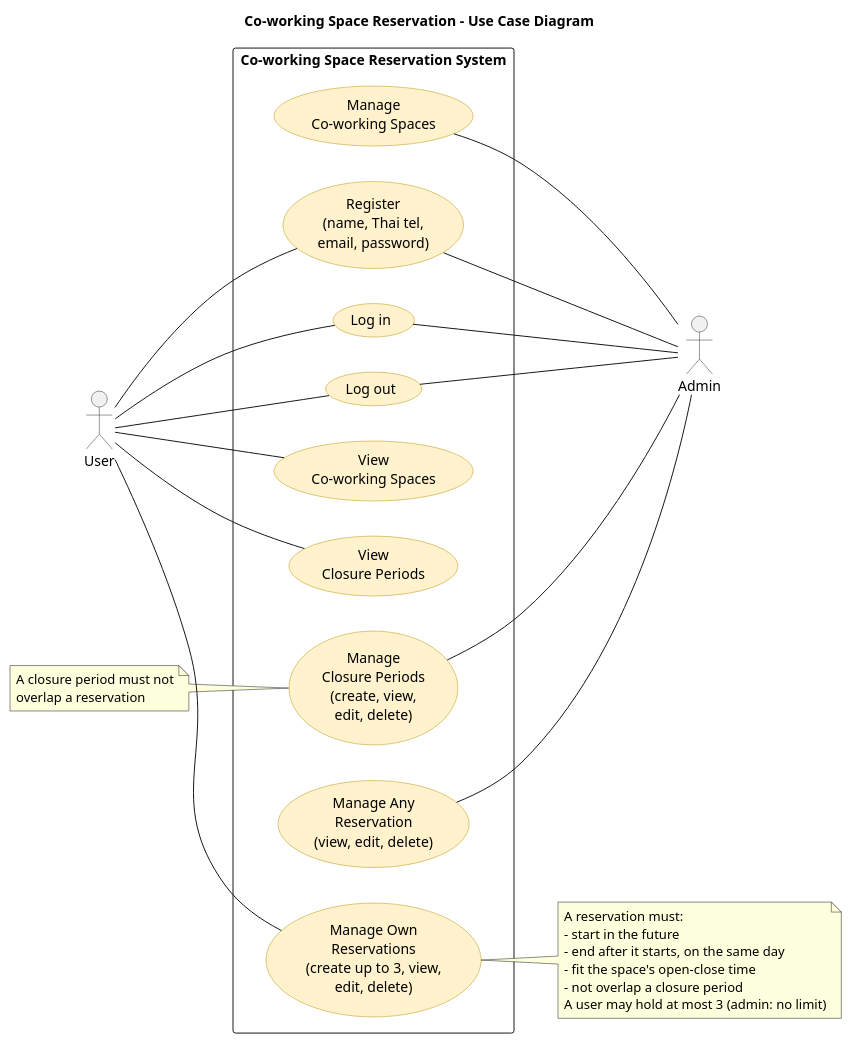
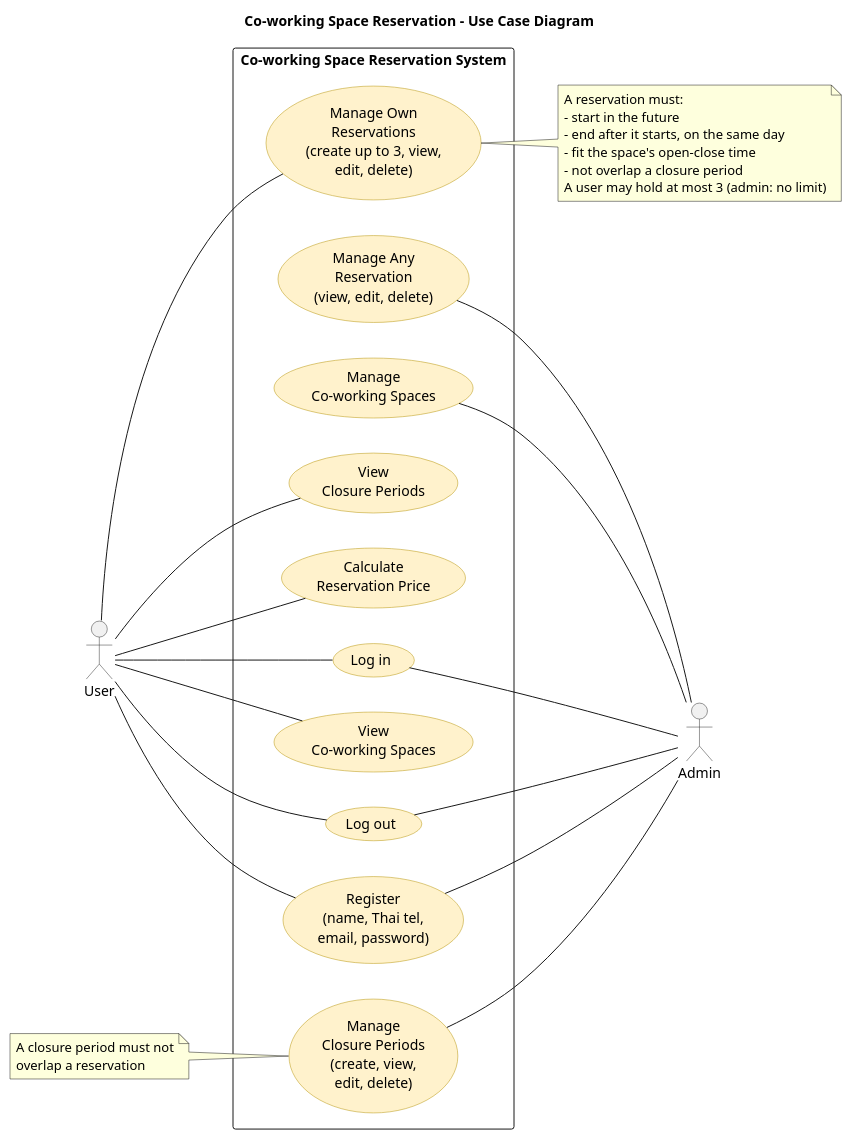
Before and after one commit to TonBoonchai/Co-working-Space-Reservation: the diagram in docs/diagrams/usecase.puml, drawn with PlantUML. The commit also changed 6 other files, not shown here.

Commit message:
docs: document the reservation price calculation

```diff
--- a/docs/diagrams/usecase.puml
+++ b/docs/diagrams/usecase.puml
@@ -1,53 +1,55 @@
 @startuml
 title Co-working Space Reservation - Use Case Diagram
 left to right direction
 skinparam packageStyle rectangle
 skinparam usecase {
   BackgroundColor #FFF2CC
   BorderColor #B7950B
 }
 skinparam actorBorderColor #333333
 
 actor "User" as user
 actor "Admin" as admin
 
 rectangle "Co-working Space Reservation System" {
   usecase "Register\n(name, Thai tel,\nemail, password)" as register
   usecase "Log in" as login
   usecase "Log out" as logout
   usecase "View\nCo-working Spaces" as viewSpaces
   usecase "View\nClosure Periods" as viewClosures
+  usecase "Calculate\nReservation Price" as calcPrice
   usecase "Manage Own\nReservations\n(create up to 3, view,\nedit, delete)" as manageOwn
   usecase "Manage Any\nReservation\n(view, edit, delete)" as manageAny
   usecase "Manage\nCo-working Spaces" as manageSpaces
   usecase "Manage\nClosure Periods\n(create, view,\nedit, delete)" as manageClosures
 }
 
 user -- register
 user -- login
 user -- logout
 user -- viewSpaces
 user -- viewClosures
+user -- calcPrice
 user -- manageOwn
 
 register -- admin
 login -- admin
 logout -- admin
 manageAny -- admin
 manageSpaces -- admin
 manageClosures -- admin
 
 note right of manageOwn
   A reservation must:
   - start in the future
   - end after it starts, on the same day
   - fit the space's open-close time
   - not overlap a closure period
   A user may hold at most 3 (admin: no limit)
 end note
 
 note left of manageClosures
   A closure period must not
   overlap a reservation
 end note
 @enduml
```
